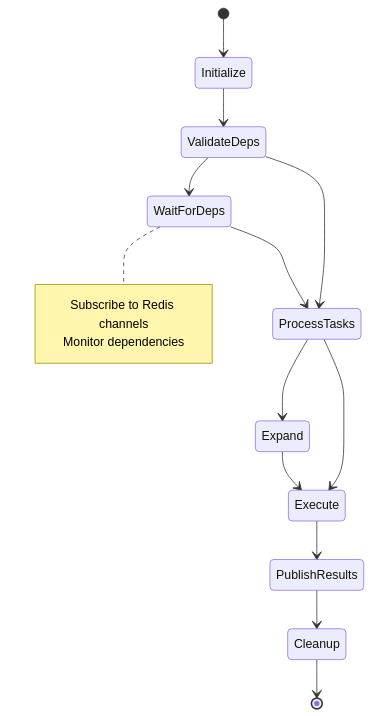
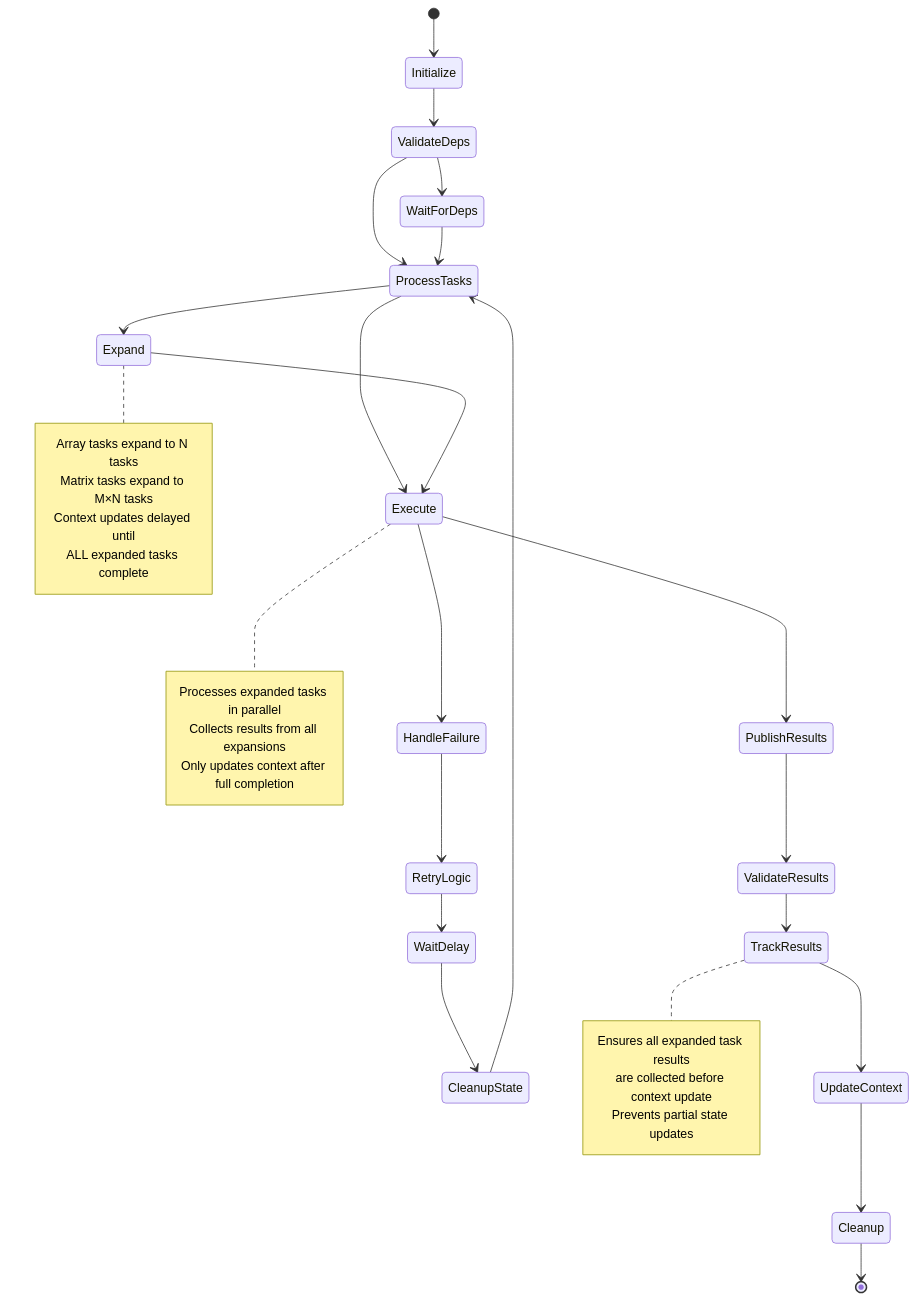
The third of 11 diagrams in Documents/TaskProcessingSystem.md (TheIntentNetwork/AgentWorkflowService), drawn with Mermaid before and after one commit. The commit also changed other lines of this file and 72 other files, not shown here.

Commit message:
Updated to task_group with full distibution. Need to fix task expansion/array mapping.

````diff
--- a/Documents/TaskProcessingSystem.md
+++ b/Documents/TaskProcessingSystem.md
@@ -74,19 +201,47 @@
 ```mermaid
 stateDiagram-v2
     [*] --> Initialize
     Initialize --> ValidateDeps
+    
     ValidateDeps --> WaitForDeps
     ValidateDeps --> ProcessTasks
+    
     WaitForDeps --> ProcessTasks
     ProcessTasks --> Expand
     ProcessTasks --> Execute
+    
     Expand --> Execute
     Execute --> PublishResults
-    PublishResults --> Cleanup
+    Execute --> HandleFailure
+    
+    HandleFailure --> RetryLogic
+    RetryLogic --> WaitDelay
+    WaitDelay --> CleanupState
+    CleanupState --> ProcessTasks
+    
+    PublishResults --> ValidateResults
+    ValidateResults --> TrackResults
+    TrackResults --> UpdateContext
+    
+    UpdateContext --> Cleanup
     Cleanup --> [*]
     
-    note right of WaitForDeps
-        Subscribe to Redis channels
-        Monitor dependencies
+    note right of Expand
+        Array tasks expand to N tasks
+        Matrix tasks expand to M×N tasks
+        Context updates delayed until
+        ALL expanded tasks complete
+    end note
+    
+    note right of Execute
+        Processes expanded tasks in parallel
+        Collects results from all expansions
+        Only updates context after full completion
+    end note
+    
+    note right of TrackResults
+        Ensures all expanded task results
+        are collected before context update
+        Prevents partial state updates
     end note
 ```
````
